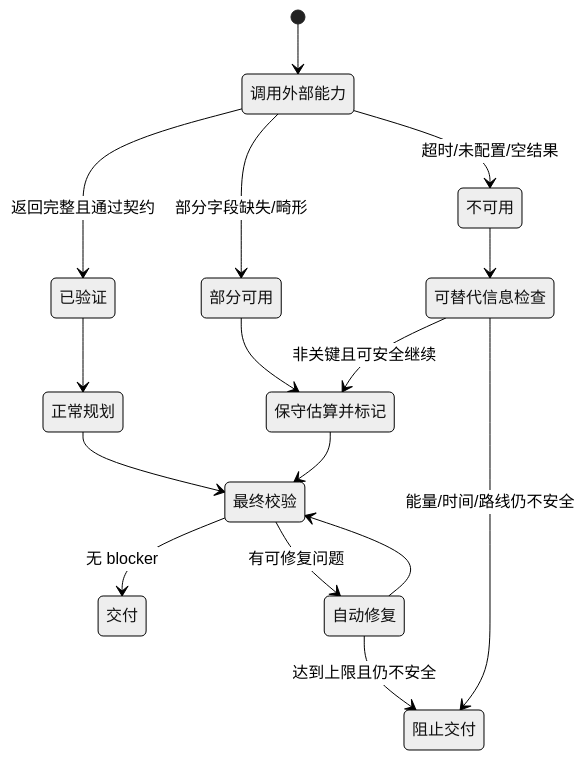
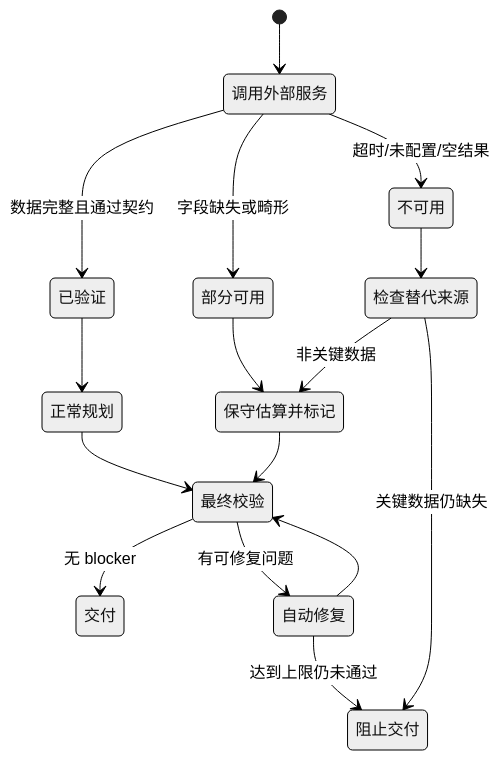
Before and after one commit to pigz2538/RoadMan-Public: the second of 3 diagrams in submission/GOAI_Boundless_Agents/semifinal/04_安全边界与诚实降级展示.md, drawn with Mermaid (neutral theme). The commit also changed other lines of this file and 15 other files, not shown here.

````diff
--- a/submission/GOAI_Boundless_Agents/semifinal/04_安全边界与诚实降级展示.md
+++ b/submission/GOAI_Boundless_Agents/semifinal/04_安全边界与诚实降级展示.md
@@ -27,18 +27,18 @@
 ```mermaid
 stateDiagram-v2
-    [*] --> 调用外部能力
-    调用外部能力 --> 已验证: 返回完整且通过契约
-    调用外部能力 --> 部分可用: 部分字段缺失/畸形
-    调用外部能力 --> 不可用: 超时/未配置/空结果
+    [*] --> 调用外部服务
+    调用外部服务 --> 已验证: 数据完整且通过契约
+    调用外部服务 --> 部分可用: 字段缺失或畸形
+    调用外部服务 --> 不可用: 超时/未配置/空结果
     已验证 --> 正常规划
     部分可用 --> 保守估算并标记
-    不可用 --> 可替代信息检查
-    可替代信息检查 --> 保守估算并标记: 非关键且可安全继续
-    可替代信息检查 --> 阻止交付: 能量/时间/路线仍不安全
+    不可用 --> 检查替代来源
+    检查替代来源 --> 保守估算并标记: 非关键数据
+    检查替代来源 --> 阻止交付: 关键数据仍缺失
     正常规划 --> 最终校验
     保守估算并标记 --> 最终校验
     最终校验 --> 交付: 无 blocker
     最终校验 --> 自动修复: 有可修复问题
     自动修复 --> 最终校验
-    自动修复 --> 阻止交付: 达到上限且仍不安全
+    自动修复 --> 阻止交付: 达到上限仍未通过
 ```
````
